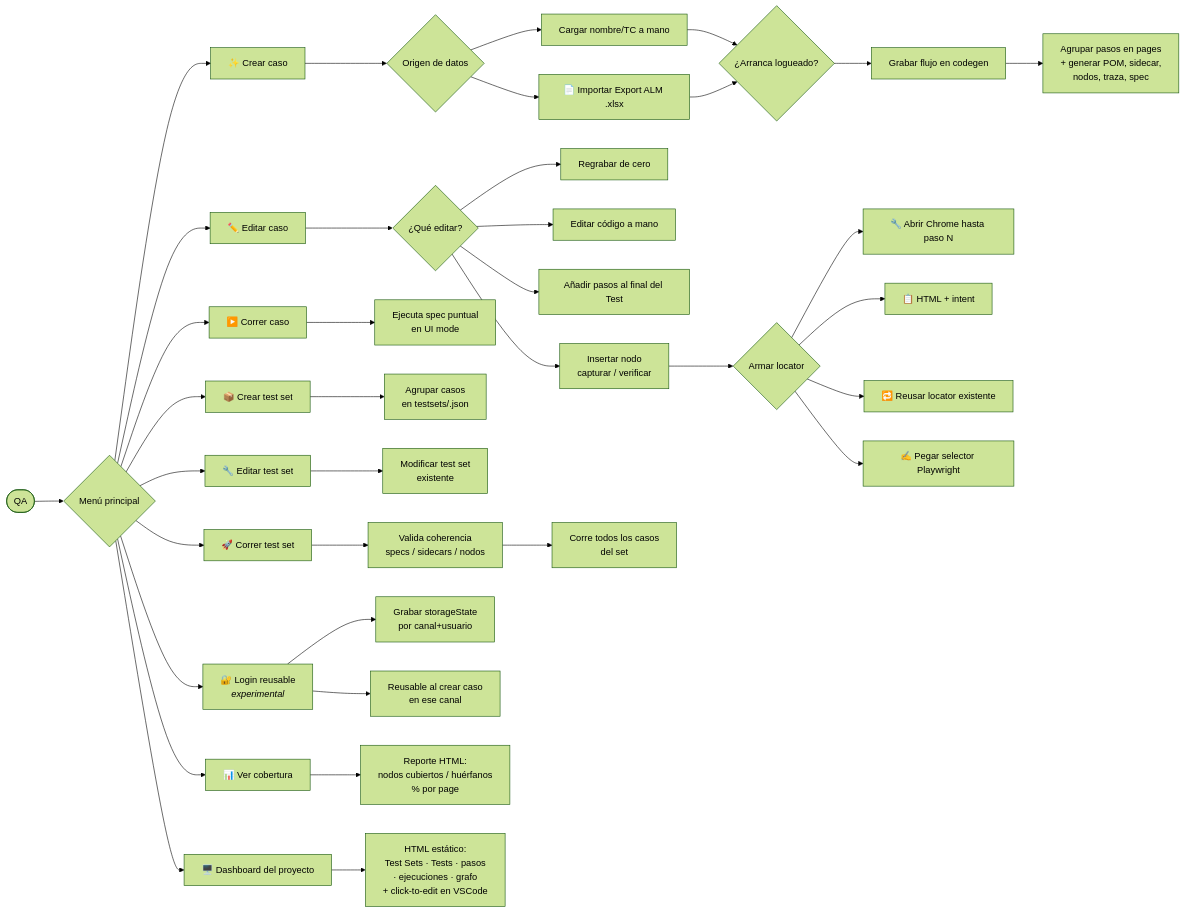
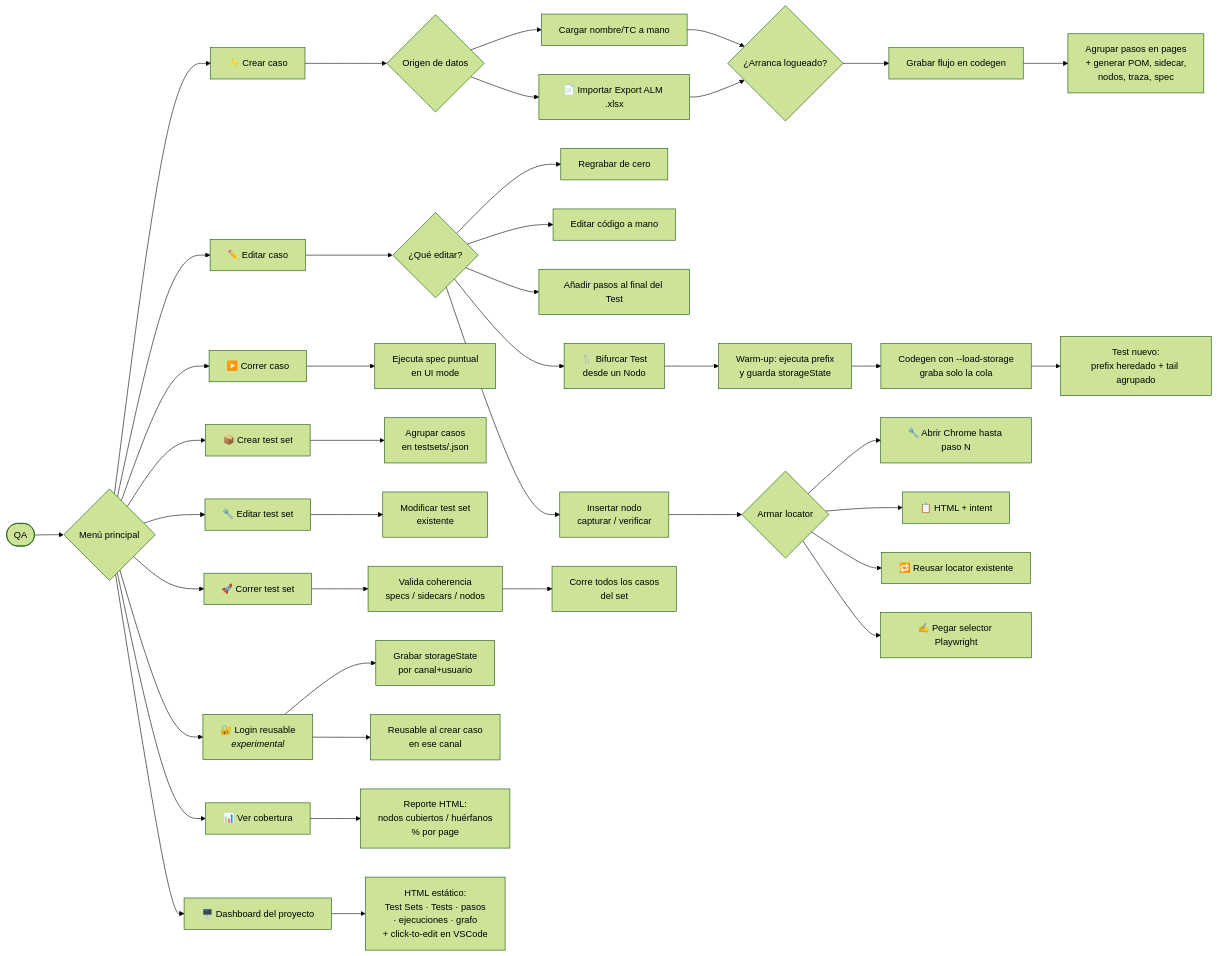
The second of 4 diagrams in README.md (blass1/AutoFlowAgent), drawn with Mermaid (forest theme) before and after one commit. The commit also changed other lines of this file and 4 other files, not shown here.

````diff
--- a/README.md
+++ b/README.md
@@ -54,49 +54,53 @@
 ```mermaid
 flowchart LR
     QA([QA])
     Menu{Menú principal}
 
     QA --> Menu
 
     Menu --> Crear[✨ Crear caso]
     Menu --> Editar[✏️ Editar caso]
     Menu --> Correr[▶️ Correr caso]
     Menu --> CrearTS[📦 Crear test set]
     Menu --> EditarTS[🔧 Editar test set]
     Menu --> CorrerTS[🚀 Correr test set]
     Menu --> Auth[🔐 Login reusable<br/><i>experimental</i>]
     Menu --> Cob[📊 Ver cobertura]
     Menu --> Dash[🖥️ Dashboard del proyecto]
 
     Crear --> CrearOrigen{Origen de datos}
     CrearOrigen --> CrearManual[Cargar nombre/TC a mano]
     CrearOrigen --> CrearALM[📄 Importar Export ALM .xlsx]
     CrearManual --> CrearLogin{¿Arranca logueado?}
     CrearALM --> CrearLogin
     CrearLogin --> CrearGrabar[Grabar flujo en codegen]
     CrearGrabar --> CrearPOM[Agrupar pasos en pages<br/>+ generar POM, sidecar,<br/>nodos, traza, spec]
 
     Editar --> EditarQue{¿Qué editar?}
     EditarQue --> EditRegrabar[Regrabar de cero]
     EditarQue --> EditCodigo[Editar código a mano]
     EditarQue --> EditAppend[Añadir pasos al final del Test]
     EditarQue --> EditNodo[Insertar nodo<br/>capturar / verificar]
+    EditarQue --> EditFork[🍴 Bifurcar Test<br/>desde un Nodo]
+    EditFork --> ForkWarmup[Warm-up: ejecuta prefix<br/>y guarda storageState]
+    ForkWarmup --> ForkTail[Codegen con --load-storage<br/>graba solo la cola]
+    ForkTail --> ForkSpec[Test nuevo:<br/>prefix heredado + tail agrupado]
     EditNodo --> EditNodoLoc{Armar locator}
     EditNodoLoc --> LocPause[🔧 Abrir Chrome hasta paso N]
     EditNodoLoc --> LocHTML[📋 HTML + intent]
     EditNodoLoc --> LocReusar[🔁 Reusar locator existente]
     EditNodoLoc --> LocPegar[✍️ Pegar selector Playwright]
 
     Correr --> CorrerUI[Ejecuta spec puntual<br/>en UI mode]
 
     CrearTS --> TSAgrupar[Agrupar casos<br/>en testsets/.json]
     EditarTS --> TSEditar[Modificar test set<br/>existente]
     CorrerTS --> TSValidar[Valida coherencia<br/>specs / sidecars / nodos]
     TSValidar --> TSCorrer[Corre todos los casos<br/>del set]
 
     Auth --> AuthGrabar[Grabar storageState<br/>por canal+usuario]
     Auth --> AuthReuso[Reusable al crear caso<br/>en ese canal]
 
     Cob --> CobReporte[Reporte HTML:<br/>nodos cubiertos / huérfanos<br/>% por page]
     Dash --> DashHtml[HTML estático:<br/>Test Sets · Tests · pasos<br/>· ejecuciones · grafo<br/>+ click-to-edit en VSCode]
 ```
````
